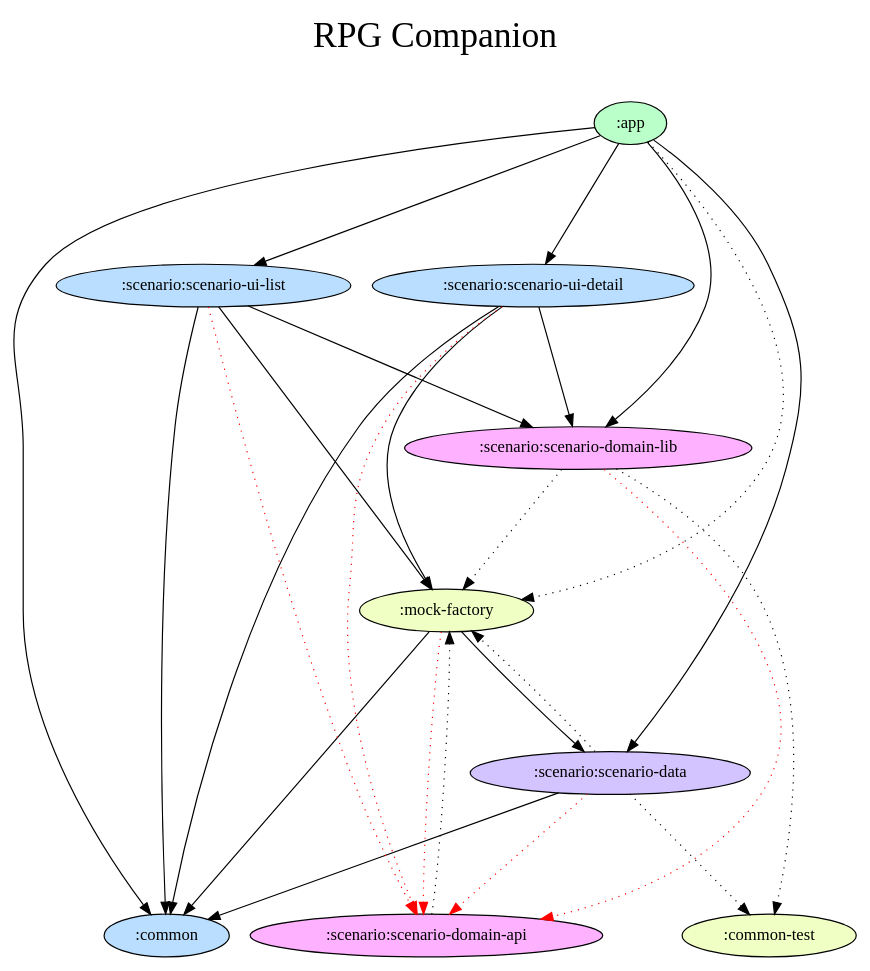
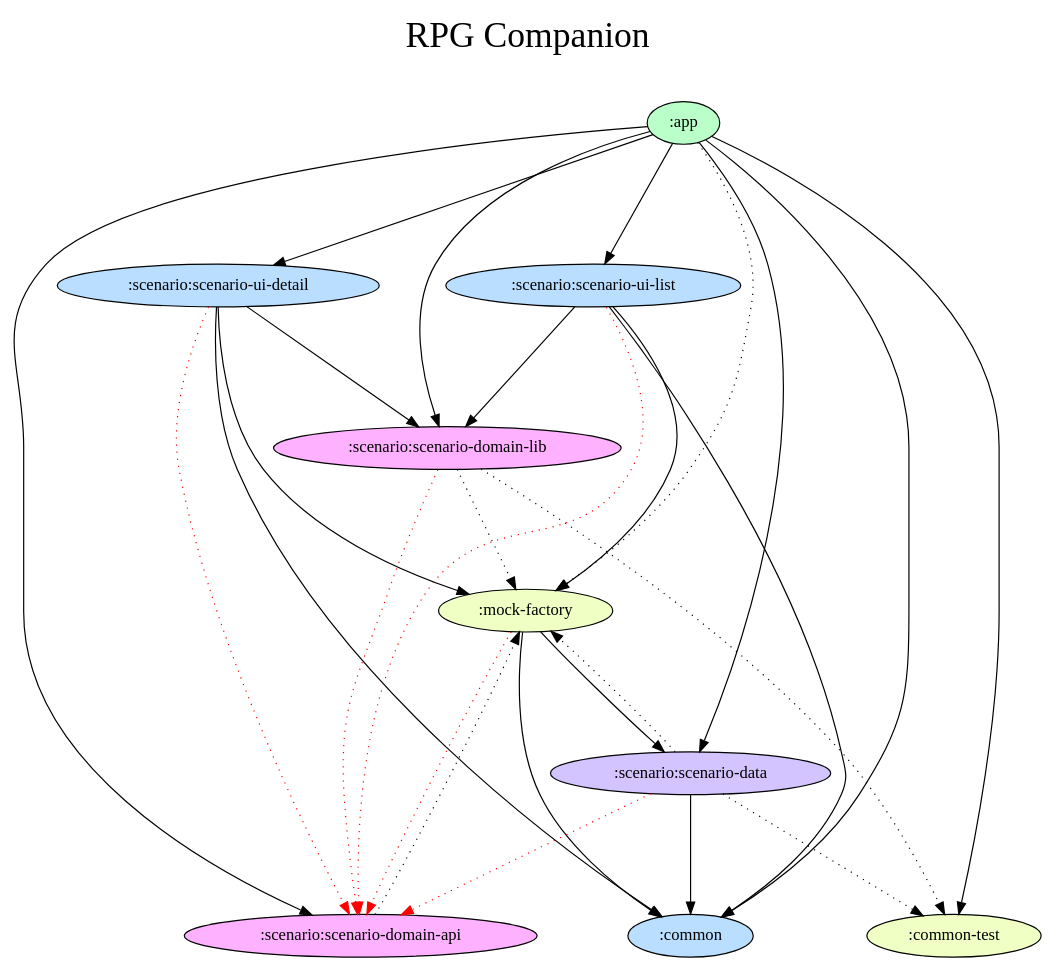
Before and after one commit to florentin-v/android-rpg-companion: the diagram in docs/dependency-graph/project.dot, drawn with Graphviz. The commit also changed 8 other files, not shown here.

First line of the commit message:
fix: change dependency graph job scheduling (#54)

```diff
--- a/docs/dependency-graph/project.dot
+++ b/docs/dependency-graph/project.dot
@@ -1,47 +1,49 @@
 digraph {
   graph [label="RPG Companion\n ",labelloc=t,fontsize=30,ranksep=1.4];
   node [style=filled, fillcolor="#bbbbbb"];
   rankdir=TB;
 
   # Projects
 
   ":app" [fillcolor="#baffc9"];
   ":common" [fillcolor="#badeff"];
   ":common-test" [fillcolor="#f0ffc4"];
   ":mock-factory" [fillcolor="#f0ffc4"];
   ":scenario:scenario-data" [fillcolor="#d3c4ff"];
   ":scenario:scenario-domain-api" [fillcolor="#fdb1ff"];
   ":scenario:scenario-domain-lib" [fillcolor="#fdb1ff"];
   ":scenario:scenario-ui-detail" [fillcolor="#badeff"];
   ":scenario:scenario-ui-list" [fillcolor="#badeff"];
 
   {rank = same;}
 
   # Dependencies
 
-  ":app" -> ":common" [style=filled]
-  ":app" -> ":scenario:scenario-data" [style=filled]
-  ":app" -> ":scenario:scenario-domain-lib" [style=filled]
-  ":app" -> ":scenario:scenario-ui-detail" [style=filled]
-  ":app" -> ":scenario:scenario-ui-list" [style=filled]
+  ":app" -> ":common" [style=filled, style=filled]
+  ":app" -> ":scenario:scenario-data" [style=filled, style=filled]
+  ":app" -> ":scenario:scenario-domain-lib" [style=filled, style=filled]
+  ":app" -> ":scenario:scenario-ui-detail" [style=filled, style=filled]
+  ":app" -> ":scenario:scenario-ui-list" [style=filled, style=filled]
+  ":app" -> ":common-test" [style=filled]
+  ":app" -> ":scenario:scenario-domain-api" [style=filled]
   ":app" -> ":mock-factory" [style=dotted]
   ":mock-factory" -> ":scenario:scenario-domain-api" [color=red,style=dotted]
   ":mock-factory" -> ":common" [style=filled]
   ":mock-factory" -> ":scenario:scenario-data" [style=filled]
   ":scenario:scenario-domain-api" -> ":mock-factory" [style=dotted]
   ":scenario:scenario-ui-list" -> ":scenario:scenario-domain-api" [color=red,style=dotted]
   ":scenario:scenario-ui-list" -> ":common" [style=filled]
   ":scenario:scenario-ui-list" -> ":mock-factory" [style=filled]
   ":scenario:scenario-ui-list" -> ":scenario:scenario-domain-lib" [style=filled]
   ":scenario:scenario-domain-lib" -> ":scenario:scenario-domain-api" [color=red,style=dotted]
   ":scenario:scenario-domain-lib" -> ":mock-factory" [style=dotted]
   ":scenario:scenario-domain-lib" -> ":common-test" [style=dotted]
   ":scenario:scenario-data" -> ":scenario:scenario-domain-api" [color=red,style=dotted]
   ":scenario:scenario-data" -> ":common" [style=filled]
   ":scenario:scenario-data" -> ":mock-factory" [style=dotted]
   ":scenario:scenario-data" -> ":common-test" [style=dotted]
   ":scenario:scenario-ui-detail" -> ":scenario:scenario-domain-api" [color=red,style=dotted]
   ":scenario:scenario-ui-detail" -> ":common" [style=filled]
   ":scenario:scenario-ui-detail" -> ":mock-factory" [style=filled]
   ":scenario:scenario-ui-detail" -> ":scenario:scenario-domain-lib" [style=filled]
 }
```
